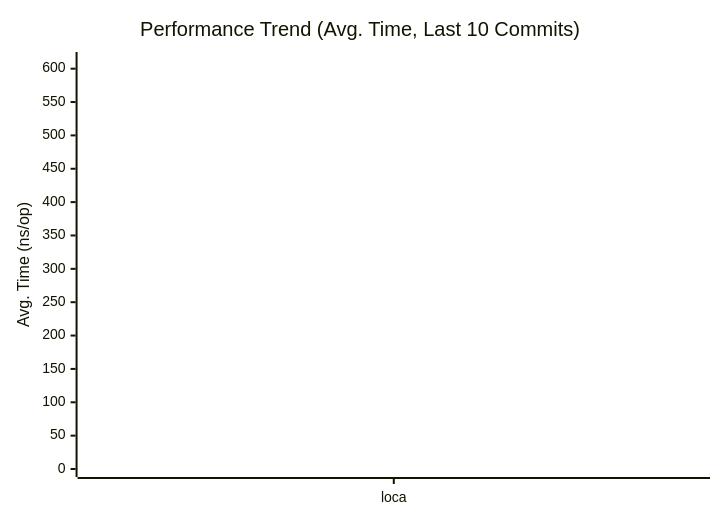
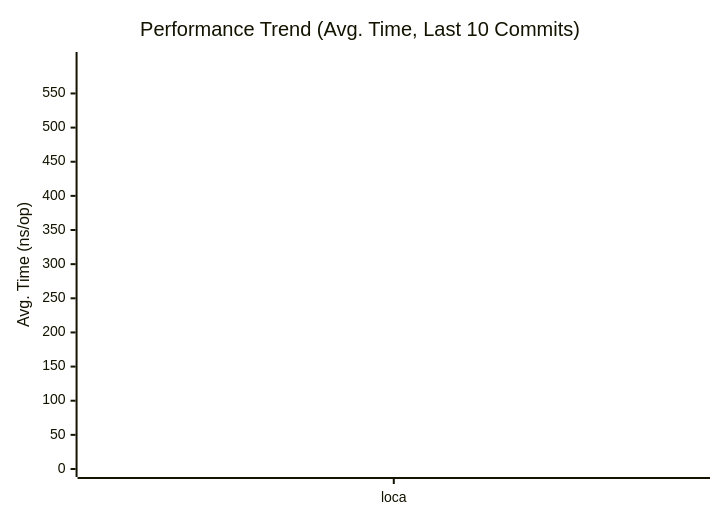
One commit to alsotoes/momo changed the first of 3 diagrams in docs/PERFORMANCE.md. Above: the diagram before and after it, drawn with Mermaid. The commit also changed other lines of this file and 2 other files, not shown here.

First line of the commit message:
ci(reviewer): re-apply tracking issue assignment + Jules PR assignment

````diff
--- a/docs/PERFORMANCE.md
+++ b/docs/PERFORMANCE.md
@@ -80,16 +80,16 @@
 ```mermaid
 xychart-beta
     title "Performance Trend (Avg. Time, Last 10 Commits)"
     x-axis "Commit"
     y-axis "Avg. Time (ns/op)"
     x-axis [loca]
-    line "CheckMetricsAndSwap" [6,6,7,7,6,8,6,11,11,18]
-    line "CrushOptimized" [255,245,263,280,255,293,317,357,362,407]
-    line "CrushOriginal" [367,368,359,367,362,401,371,438,495,670]
-    line "IndexDirectTracking" [0,0,0,0,0,0,0,0,0,1]
-    line "IndexSearch" [3,3,3,3,3,3,3,4,4,4]
-    line "LoadGlobalConfig" [613,599,626,637,616,649,706,826,900,1991]
-    line "PadString" [2,2,2,2,2,2,2,2,3,3]
+    line "CheckMetricsAndSwap" [6,7,7,6,8,6,11,11,18,16]
+    line "CrushOptimized" [245,263,280,255,293,317,357,362,407,570]
+    line "CrushOriginal" [368,359,367,362,401,371,438,495,670,738]
+    line "IndexDirectTracking" [0,0,0,0,0,0,0,0,1,1]
+    line "IndexSearch" [3,3,3,3,3,3,4,4,4,4]
+    line "LoadGlobalConfig" [599,626,637,616,649,706,826,900,1991,1644]
+    line "PadString" [2,2,2,2,2,2,2,3,3,4]
     line "ParseReplicationOrder_NoPrealloc" [350,349,357,354,345,225,229,165,232,234]
     line "ParseReplicationOrder_Prealloc" [229,231,237,234,229,108,107,80,110,109]
 ```
````
